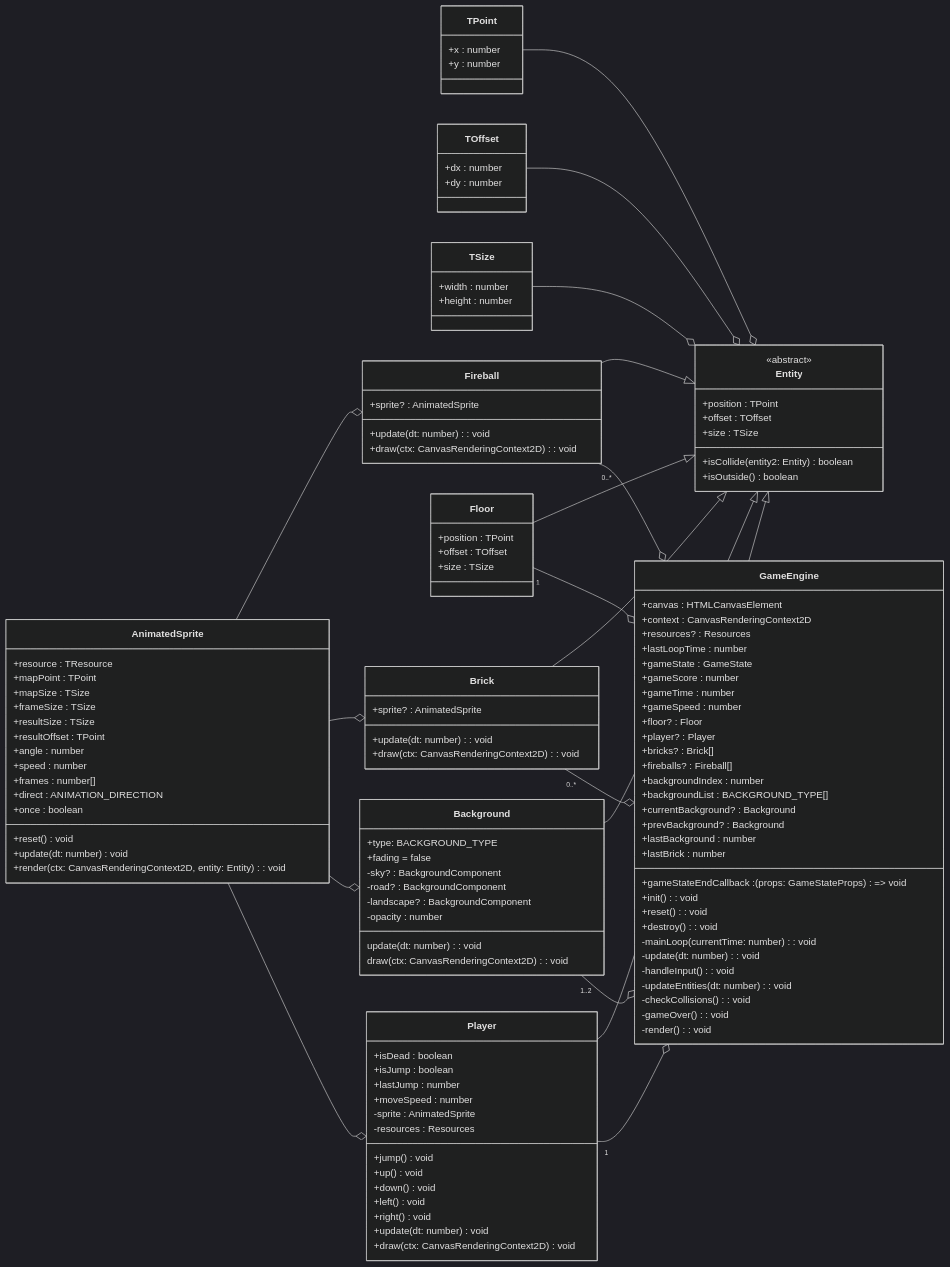
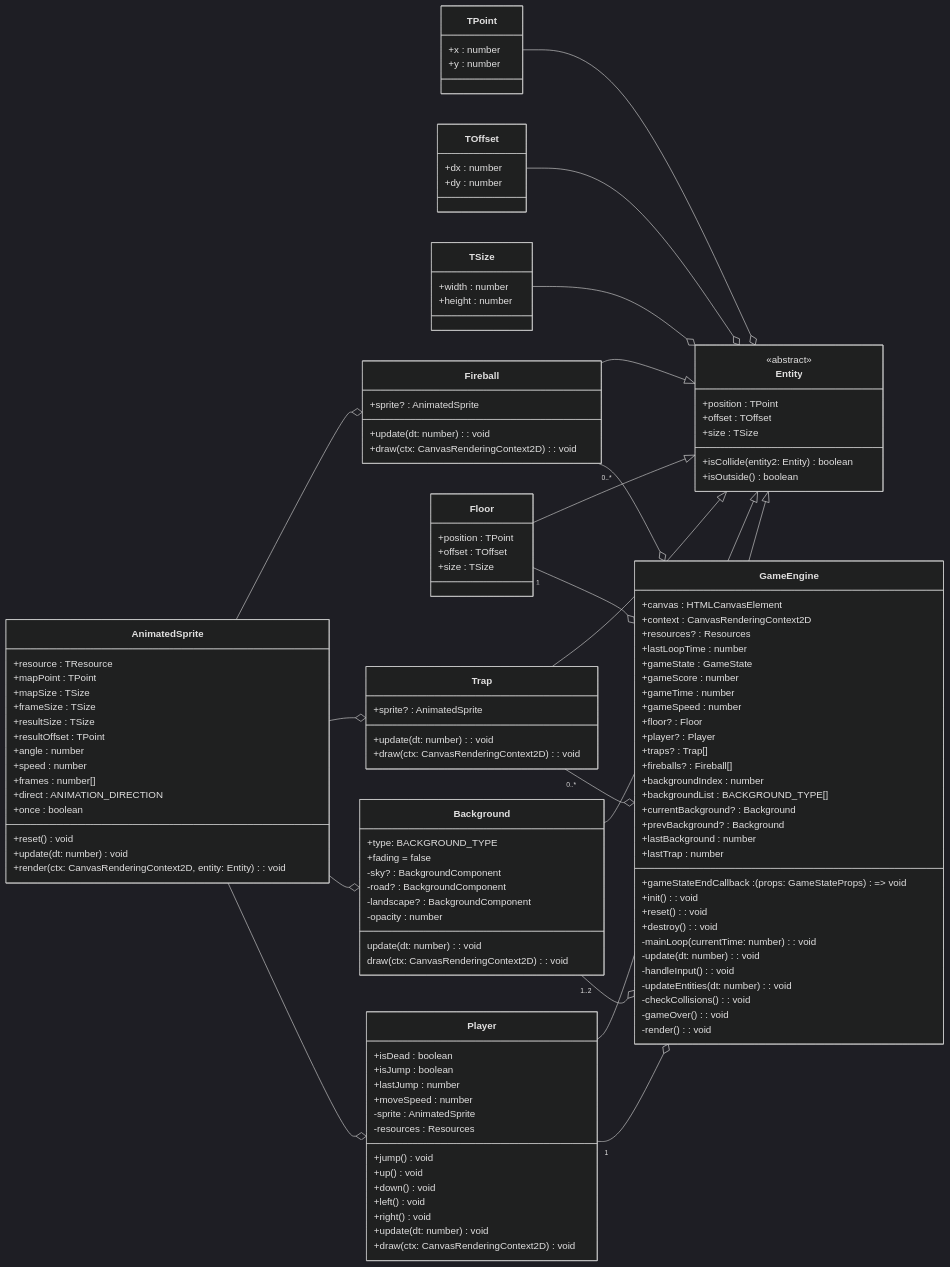
One commit to krovorgen/sekta changed the diagram in docs/GAME_ENGINE.md. Above: the diagram before and after it, drawn with Mermaid (dark theme). The commit also changed other lines of this file and 40 other files, not shown here.

````diff
--- a/docs/GAME_ENGINE.md
+++ b/docs/GAME_ENGINE.md
@@ -84,7 +84,7 @@
     draw(ctx: CanvasRenderingContext2D) : void
   }
 
-  class Brick {
+  class Trap {
     +sprite? : AnimatedSprite
 
     +update(dt: number) : void
@@ -131,7 +131,7 @@
 
     +floor? : Floor
     +player? : Player
-    +bricks? : Brick[]
+    +traps? : Trap[]
     +fireballs? : Fireball[]
 
     +backgroundIndex : number
@@ -140,7 +140,7 @@
     +prevBackground? : Background
 
     +lastBackground : number
-    +lastBrick : number
+    +lastTrap : number
 
     +init() : void
     +reset() : void
@@ -157,18 +157,18 @@
   GameEngine o-- "1" Player
   GameEngine o-- "1" Floor
   GameEngine o-- "1..2" Background
-  GameEngine o-- "0..*" Brick
+  GameEngine o-- "0..*" Trap
   GameEngine o-- "0..*" Fireball
   Entity <|-- Player
   Entity <|-- Floor
   Entity <|-- Background
-  Entity <|-- Brick
+  Entity <|-- Trap
   Entity <|-- Fireball
   Entity o-- TPoint
   Entity o-- TOffset
   Entity o-- TSize
   Player o-- AnimatedSprite
   Background o-- AnimatedSprite
-  Brick o-- AnimatedSprite
+  Trap o-- AnimatedSprite
   Fireball o-- AnimatedSprite
 ```
````
